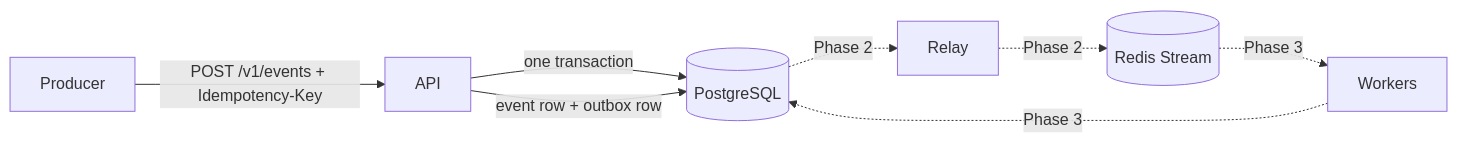
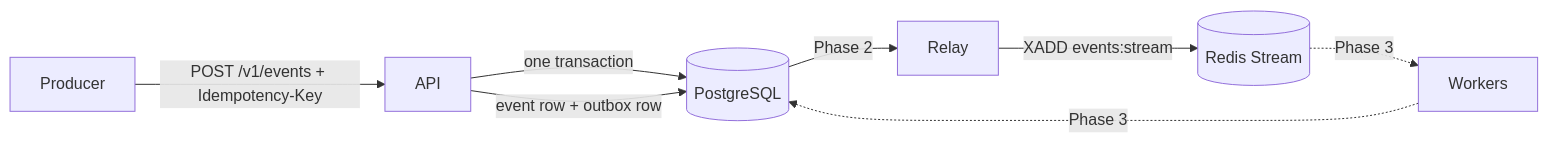
One commit to morningstar0521/Idempotent-Event-Processor changed the diagram in README.md. Above: the diagram before and after it, drawn with Mermaid. The commit also changed other lines of this file and 14 other files, not shown here.

````diff
--- a/README.md
+++ b/README.md
@@ -26,10 +29,10 @@
 ```mermaid
 flowchart LR
   P[Producer] -->|POST /v1/events + Idempotency-Key| API[API]
   API -->|one transaction| PG[(PostgreSQL)]
   API -->|event row + outbox row| PG
-  PG -.->|Phase 2| R[Relay]
-  R -.->|Phase 2| RS[(Redis Stream)]
+  PG -->|Phase 2| R[Relay]
+  R -->|XADD events:stream| RS[(Redis Stream)]
   RS -.->|Phase 3| W[Workers]
   W -.->|Phase 3| PG
 ```
````
